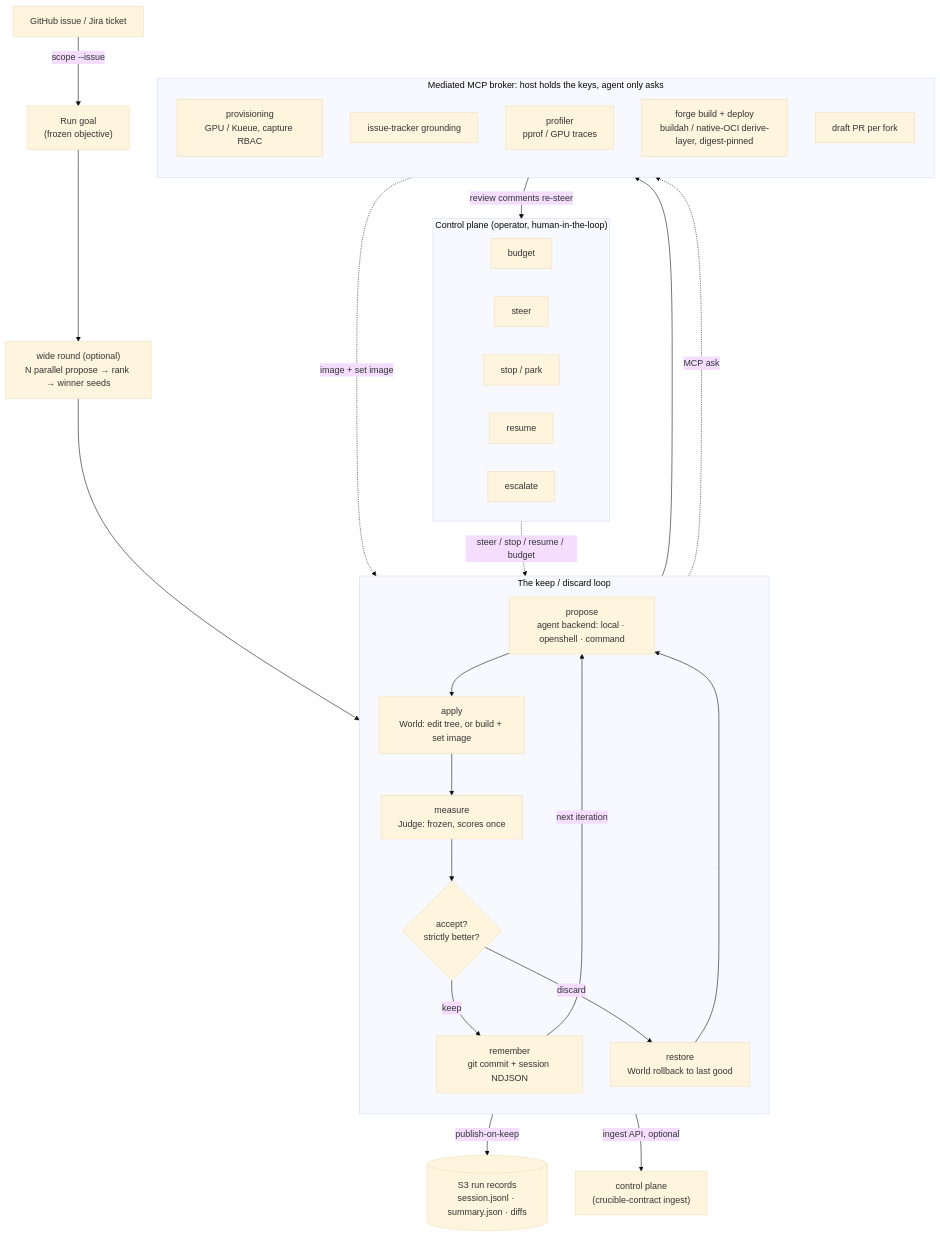
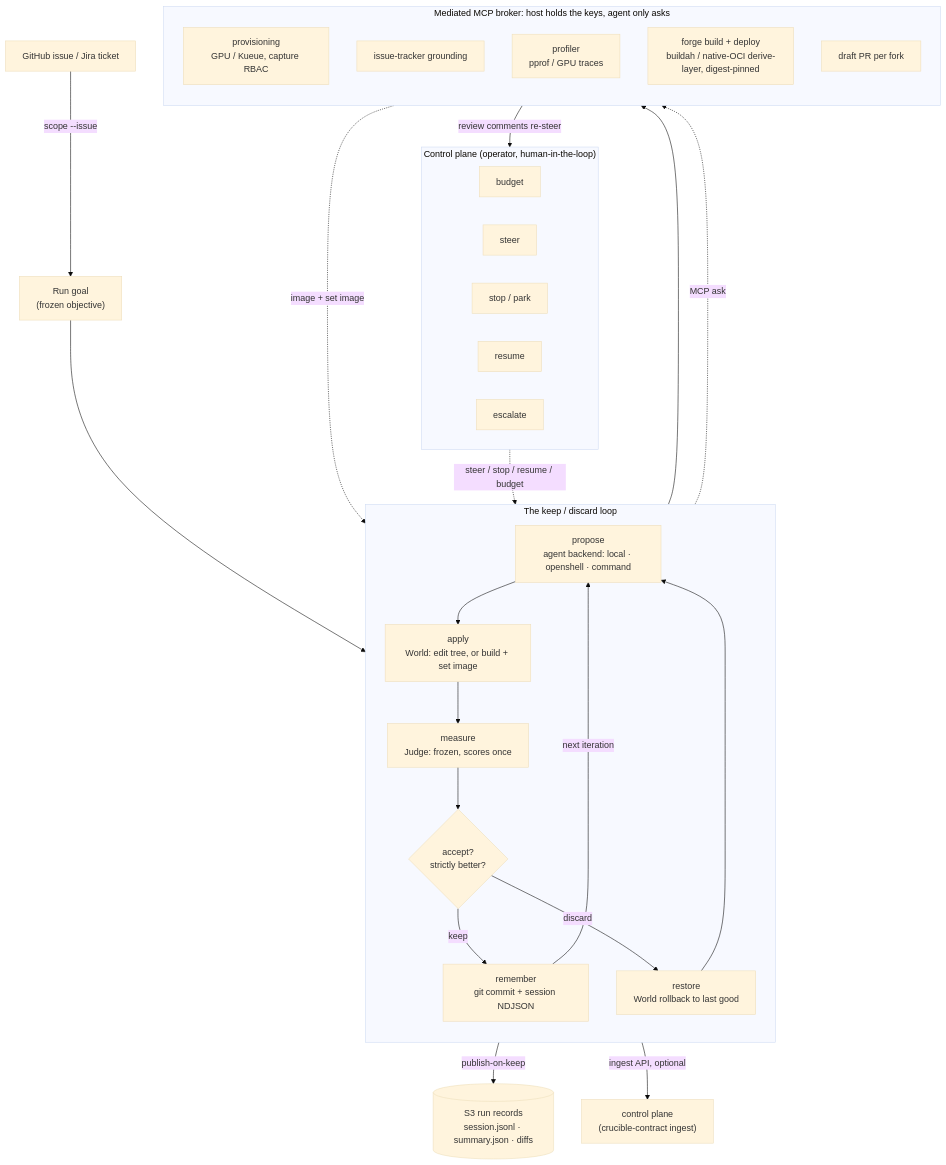
The diagram in docs/how-it-works.md (neuralmagic/crucible), drawn with Mermaid (base theme) before and after one commit. The commit also changed other lines of this file and 35 other files, not shown here.

````diff
--- a/docs/how-it-works.md
+++ b/docs/how-it-works.md
@@ -8,50 +8,49 @@
 ```mermaid
 flowchart TD
     issue["GitHub issue / Jira ticket"] -->|scope --issue| goal["Run goal<br/>(frozen objective)"]
-    goal --> wide["wide round (optional)<br/>N parallel propose → rank → winner seeds"]
-    wide --> propose
+    goal --> propose
 
     subgraph control["Control plane (operator, human-in-the-loop)"]
         direction LR
         budget["budget"]
         steer["steer"]
         stoppark["stop / park"]
         resume["resume"]
         escalate["escalate"]
     end
 
     subgraph loop["The keep / discard loop"]
         direction TB
         propose["propose<br/>agent backend: local · openshell · command"]
         apply["apply<br/>World: edit tree, or build + set image"]
         measure["measure<br/>Judge: frozen, scores once"]
         accept{"accept?<br/>strictly better?"}
         remember["remember<br/>git commit + session NDJSON"]
         restore["restore<br/>World rollback to last good"]
 
         propose --> apply --> measure --> accept
         accept -->|keep| remember
         accept -->|discard| restore
         remember -->|next iteration| propose
         restore --> propose
     end
 
     control -. "steer / stop / resume / budget" .-> loop
 
     subgraph broker["Mediated MCP broker: host holds the keys, agent only asks"]
         direction TB
         prov["provisioning<br/>GPU / Kueue, capture RBAC"]
         jira["issue-tracker grounding"]
         prof["profiler<br/>pprof / GPU traces"]
         forge["forge build + deploy<br/>buildah / native-OCI derive-layer, digest-pinned"]
         draft["draft PR per fork"]
     end
 
     propose -. "MCP ask" .-> broker
     forge -. "image + set image" .-> apply
 
     remember -->|publish-on-keep| s3[("S3 run records<br/>session.jsonl · summary.json · diffs")]
     remember --> draft
     draft -->|review comments re-steer| steer
     remember -->|ingest API, optional| ctl["control plane<br/>(crucible-contract ingest)"]
 ```
````
